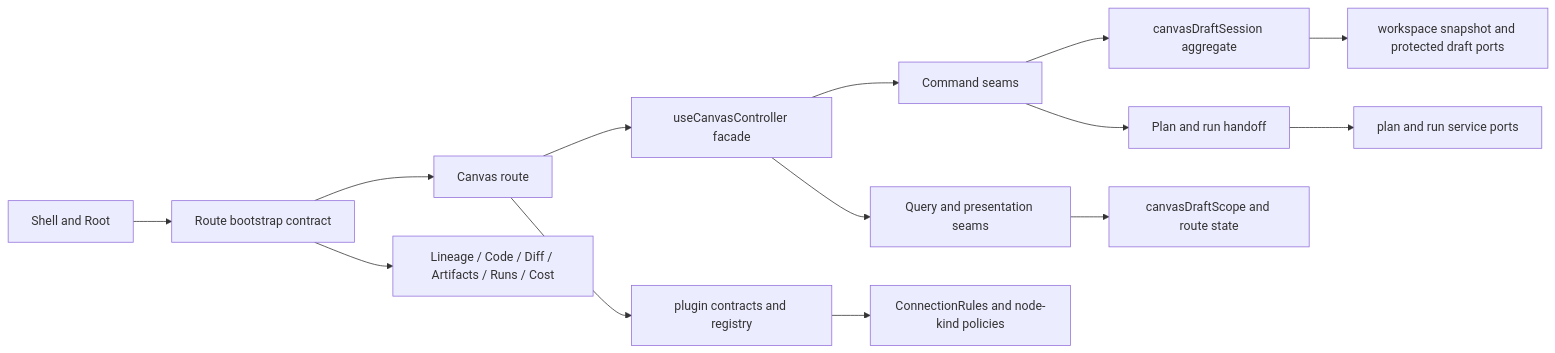
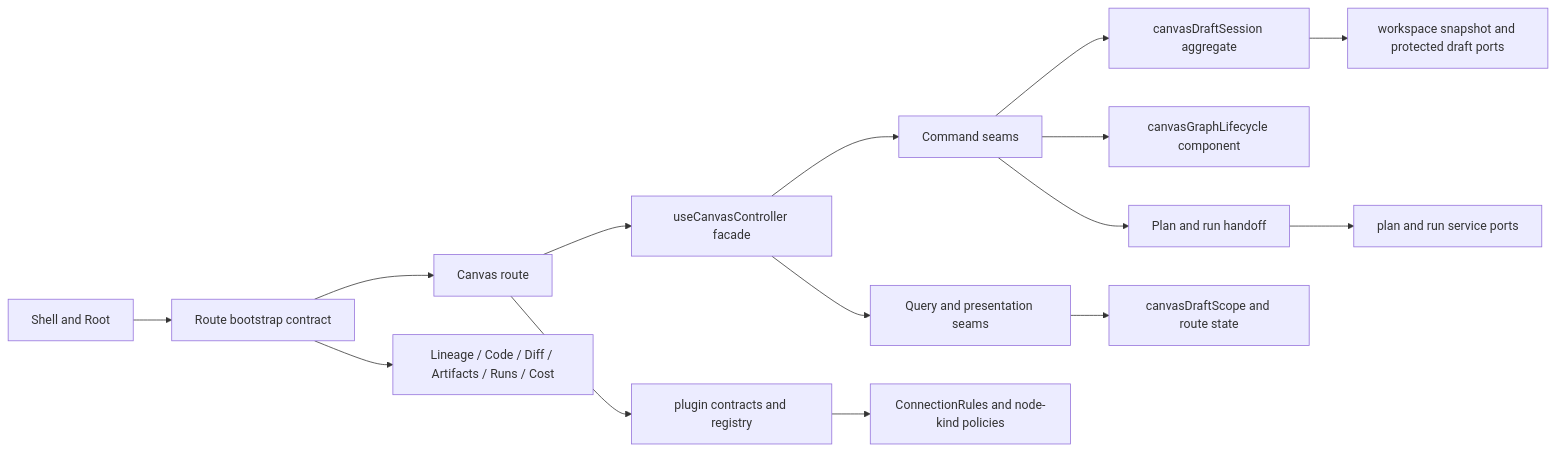
Before and after one commit to dunay2/dvt: the first of 2 diagrams in docs/architecture/components/web/graph/graph-frontend-architecture.md, drawn with Mermaid. The commit also changed other lines of this file and 48 other files, not shown here.

Commit message:
refactor(web): Hard-cut canvas graph lifecycle and handler contracts

````diff
--- a/docs/architecture/components/web/graph/graph-frontend-architecture.md
+++ b/docs/architecture/components/web/graph/graph-frontend-architecture.md
@@ -60,18 +61,19 @@
 ```mermaid
 flowchart LR
   Shell["Shell and Root"] --> Bootstrap["Route bootstrap contract"]
   Bootstrap --> Canvas["Canvas route"]
   Bootstrap --> OtherGraph["Lineage / Code / Diff / Artifacts / Runs / Cost"]
 
   Canvas --> Controller["useCanvasController facade"]
   Controller --> Commands["Command seams"]
   Controller --> Queries["Query and presentation seams"]
   Commands --> DraftAggregate["canvasDraftSession aggregate"]
+  Commands --> GraphLifecycle["canvasGraphLifecycle component"]
   Commands --> Execution["Plan and run handoff"]
   Queries --> Scope["canvasDraftScope and route state"]
 
   DraftAggregate --> Workspace["workspace snapshot and protected draft ports"]
   Execution --> Services["plan and run service ports"]
   Canvas --> Plugins["plugin contracts and registry"]
   Plugins --> Rules["ConnectionRules and node-kind policies"]
 ```
````
